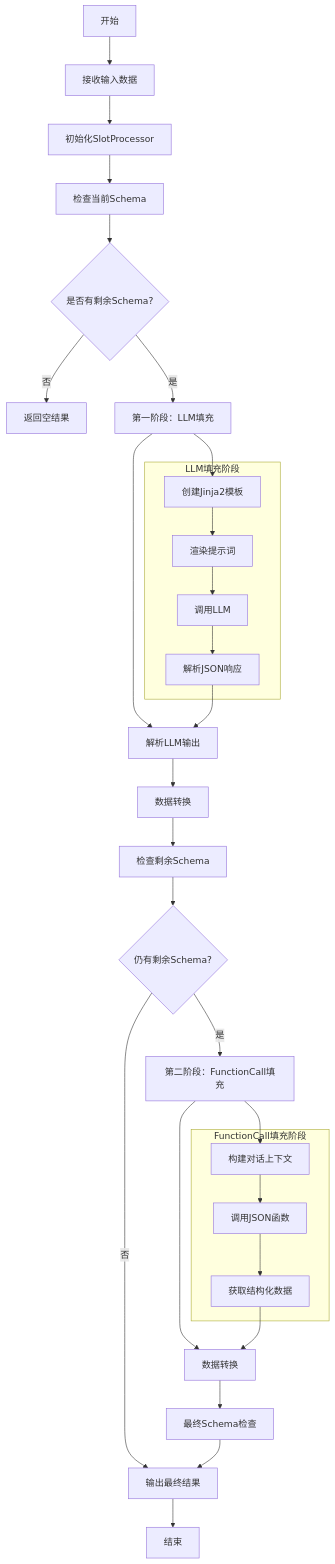
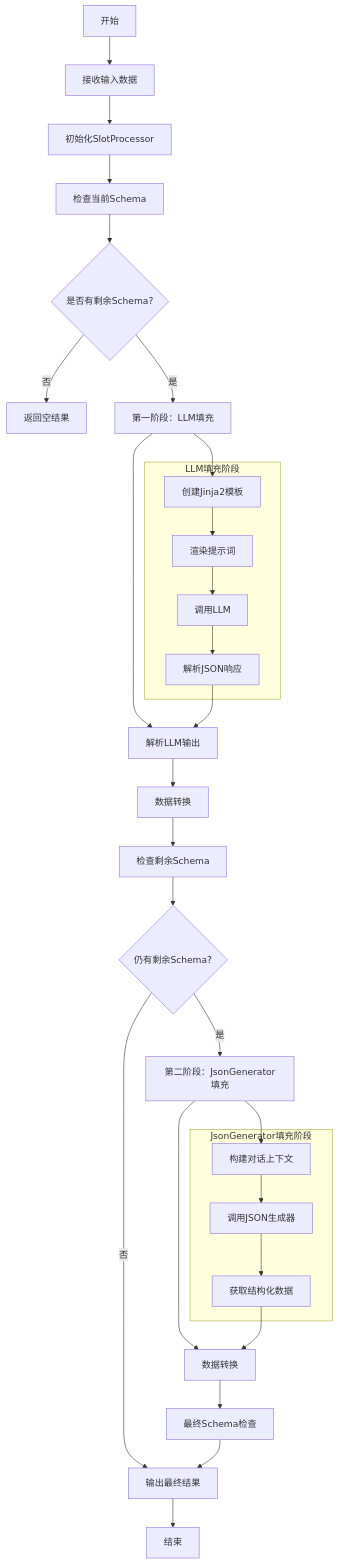
One commit to openeuler-mirror/euler-copilot-framework changed the fourth of 7 diagrams in design/call/slot.md. Above: the diagram before and after it, drawn with Mermaid. The commit also changed other lines of this file, not shown here.

````diff
--- a/design/call/slot.md
+++ b/design/call/slot.md
@@ -197,43 +197,43 @@
 ```mermaid
 graph TD
     A[开始] --> B[接收输入数据]
     B --> C[初始化SlotProcessor]
     C --> D[检查当前Schema]
     D --> E{是否有剩余Schema?}
     E -->|否| F[返回空结果]
     E -->|是| G[第一阶段：LLM填充]
     G --> H[解析LLM输出]
     H --> I[数据转换]
     I --> J[检查剩余Schema]
     J --> K{仍有剩余Schema?}
     K -->|否| L[输出最终结果]
-    K -->|是| M[第二阶段：FunctionCall填充]
+    K -->|是| M[第二阶段：JsonGenerator填充]
     M --> N[数据转换]
     N --> O[最终Schema检查]
     O --> L
     L --> P[结束]
     
     subgraph "LLM填充阶段"
         G1[创建Jinja2模板]
         G2[渲染提示词]
         G3[调用LLM]
         G4[解析JSON响应]
     end
     
-    subgraph "FunctionCall填充阶段"
+    subgraph "JsonGenerator填充阶段"
         M1[构建对话上下文]
-        M2[调用JSON函数]
+        M2[调用JSON生成器]
         M3[获取结构化数据]
     end
     
     G --> G1
     G1 --> G2
     G2 --> G3
     G3 --> G4
     G4 --> H
     
     M --> M1
     M1 --> M2
     M2 --> M3
     M3 --> N
 ```
````
